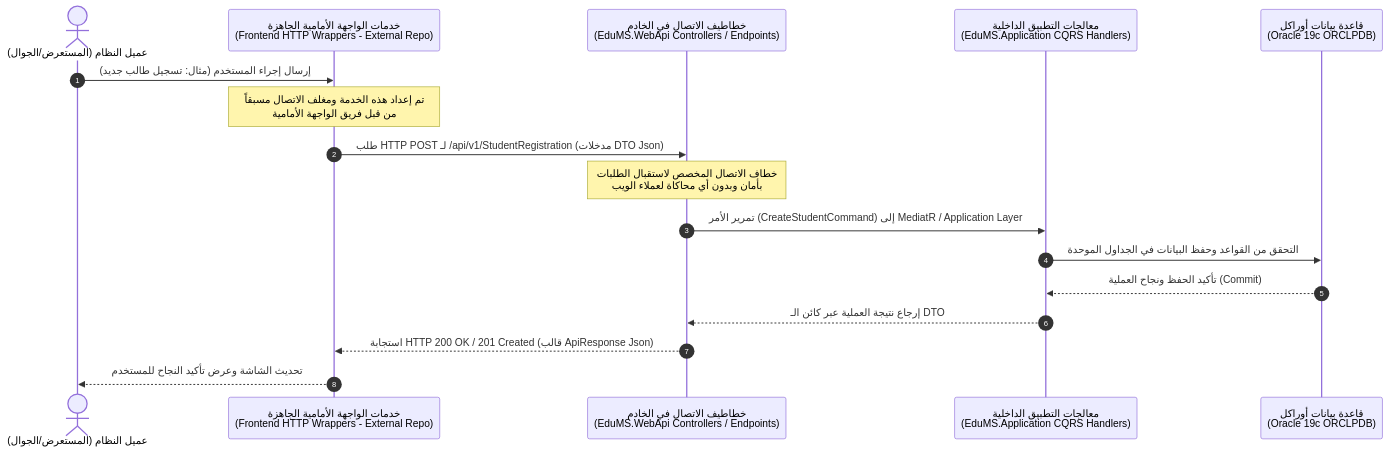
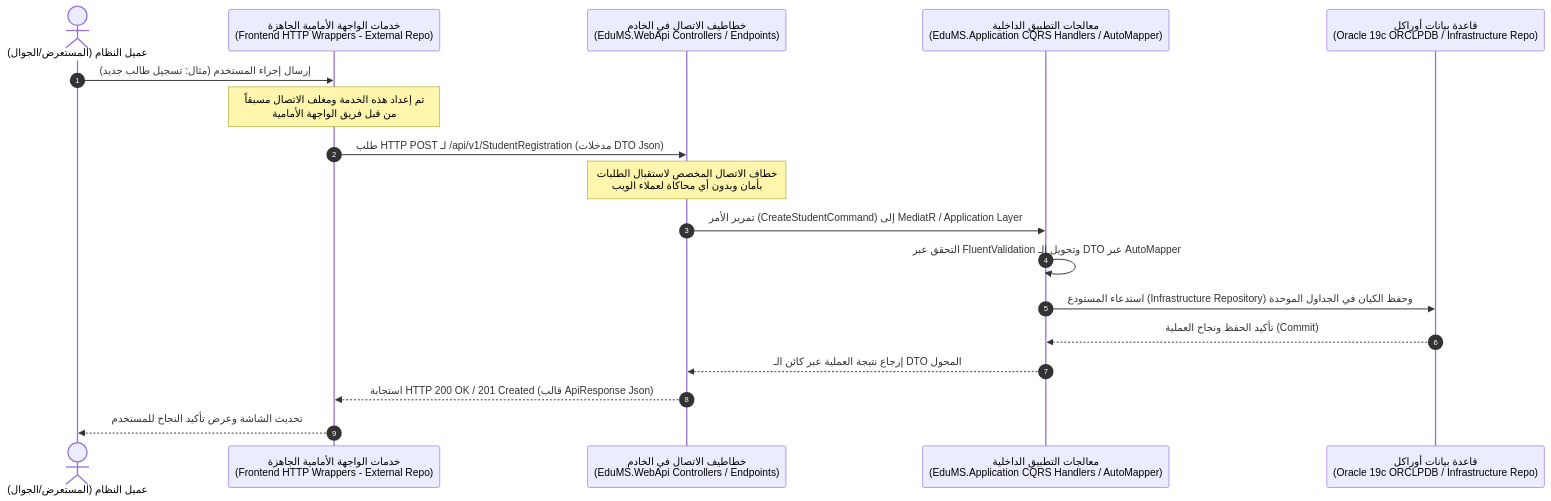
Before and after one commit to engrehabalghaili-glitch/EduMS: the second of 2 diagrams in 01_Database_Architecture_Docs/Architecture_Audit_And_Roadmap.md, drawn with Mermaid. The commit also changed other lines of this file, not shown here.

Commit message:
docs(roadmap): re-sequence roadmap to insert CQRS application logic phase and enterprise components (AutoMapper, Caching, Hangfire, File Storage)

````diff
--- a/01_Database_Architecture_Docs/Architecture_Audit_And_Roadmap.md
+++ b/01_Database_Architecture_Docs/Architecture_Audit_And_Roadmap.md
@@ -148,20 +186,21 @@
 ```mermaid
 sequenceDiagram
     autonumber
     actor Client as عميل النظام (المستعرض/الجوال)
     participant FE_Service as خدمات الواجهة الأمامية الجاهزة<br/>(Frontend HTTP Wrappers - External Repo)
     participant API_Hook as خطاطيف الاتصال في الخادم<br/>(EduMS.WebApi Controllers / Endpoints)
-    participant CQRS as معالجات التطبيق الداخلية<br/>(EduMS.Application CQRS Handlers)
-    participant Oracle as قاعدة بيانات أوراكل<br/>(Oracle 19c ORCLPDB)
+    participant CQRS as معالجات التطبيق الداخلية<br/>(EduMS.Application CQRS Handlers / AutoMapper)
+    participant Oracle as قاعدة بيانات أوراكل<br/>(Oracle 19c ORCLPDB / Infrastructure Repo)
 
     Client->>FE_Service: إرسال إجراء المستخدم (مثال: تسجيل طالب جديد)
     Note over FE_Service: تم إعداد هذه الخدمة ومغلف الاتصال مسبقاً<br/>من قبل فريق الواجهة الأمامية
     FE_Service->>API_Hook: طلب HTTP POST لـ /api/v1/StudentRegistration (مدخلات DTO Json)
     Note over API_Hook: خطاف الاتصال المخصص لاستقبال الطلبات<br/>بأمان وبدون أي محاكاة لعملاء الويب
     API_Hook->>CQRS: تمرير الأمر (CreateStudentCommand) إلى MediatR / Application Layer
-    CQRS->>Oracle: التحقق من القواعد وحفظ البيانات في الجداول الموحدة
+    CQRS->>CQRS: التحقق عبر FluentValidation وتحويل الـ DTO عبر AutoMapper
+    CQRS->>Oracle: استدعاء المستودع (Infrastructure Repository) وحفظ الكيان في الجداول الموحدة
     Oracle-->>CQRS: تأكيد الحفظ ونجاح العملية (Commit)
-    CQRS-->>API_Hook: إرجاع نتيجة العملية عبر كائن الـ DTO
+    CQRS-->>API_Hook: إرجاع نتيجة العملية عبر كائن الـ DTO المحول
     API_Hook-->>FE_Service: استجابة HTTP 200 OK / 201 Created (قالب ApiResponse Json)
     FE_Service-->>Client: تحديث الشاشة وعرض تأكيد النجاح للمستخدم
 ```
````
